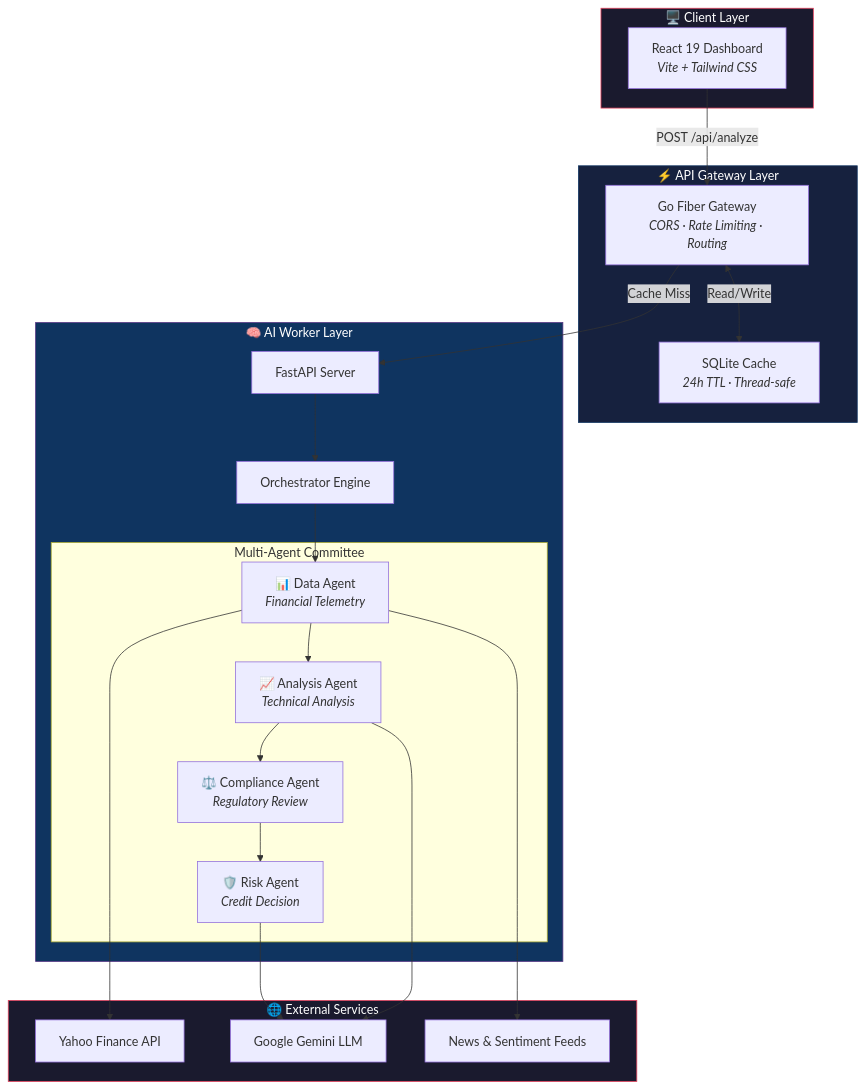
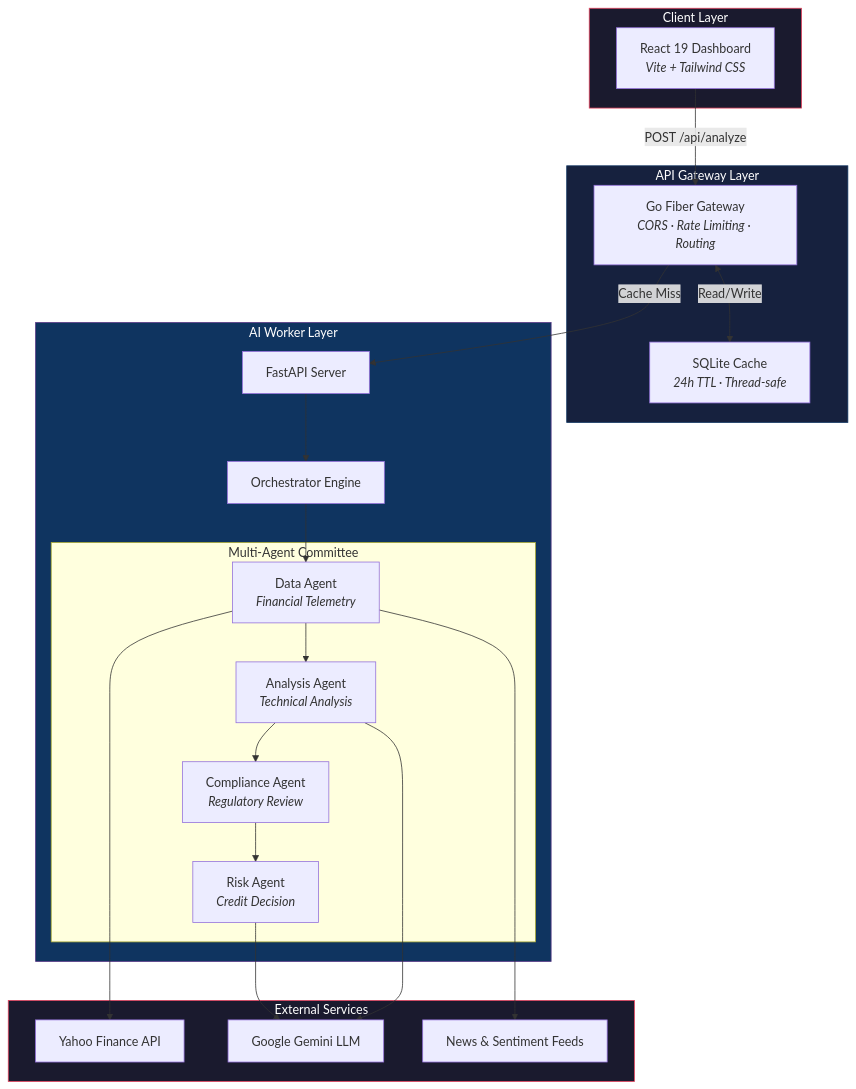
The first of 3 diagrams in README.md (EyupEfeAslan2/hm_mobil_app_2), drawn with Mermaid before and after one commit. The commit also changed other lines of this file, not shown here.

````diff
--- a/README.md
+++ b/README.md
@@ -114,44 +114,44 @@
 ```mermaid
 graph TB
-    subgraph Client["🖥️ Client Layer"]
+    subgraph Client[" Client Layer"]
         UI["React 19 Dashboard<br/><i>Vite + Tailwind CSS</i>"]
     end
 
-    subgraph Gateway["⚡ API Gateway Layer"]
+    subgraph Gateway[" API Gateway Layer"]
         GO["Go Fiber Gateway<br/><i>CORS · Rate Limiting · Routing</i>"]
         CACHE["SQLite Cache<br/><i>24h TTL · Thread-safe</i>"]
     end
 
-    subgraph AI["🧠 AI Worker Layer"]
+    subgraph AI[" AI Worker Layer"]
         FAST["FastAPI Server"]
         ORCH["Orchestrator Engine"]
         
         subgraph Agents["Multi-Agent Committee"]
-            DA["📊 Data Agent<br/><i>Financial Telemetry</i>"]
-            AA["📈 Analysis Agent<br/><i>Technical Analysis</i>"]
-            CA["⚖️ Compliance Agent<br/><i>Regulatory Review</i>"]
-            RA["🛡️ Risk Agent<br/><i>Credit Decision</i>"]
+            DA[" Data Agent<br/><i>Financial Telemetry</i>"]
+            AA[" Analysis Agent<br/><i>Technical Analysis</i>"]
+            CA[" Compliance Agent<br/><i>Regulatory Review</i>"]
+            RA[" Risk Agent<br/><i>Credit Decision</i>"]
         end
     end
 
-    subgraph External["🌐 External Services"]
+    subgraph External[" External Services"]
         YAHOO["Yahoo Finance API"]
         GEMINI["Google Gemini LLM"]
         NEWS["News & Sentiment Feeds"]
     end
 
     UI -->|"POST /api/analyze"| GO
     GO -->|"Cache Miss"| FAST
     GO <-->|"Read/Write"| CACHE
     FAST --> ORCH
     ORCH --> DA --> AA --> CA --> RA
     DA --> YAHOO
     DA --> NEWS
     RA --> GEMINI
     AA --> GEMINI
 
     style Client fill:#1a1a2e,stroke:#e94560,color:#fff
     style Gateway fill:#16213e,stroke:#0f3460,color:#fff
     style AI fill:#0f3460,stroke:#533483,color:#fff
     style External fill:#1a1a2e,stroke:#e94560,color:#fff
 ```
````
